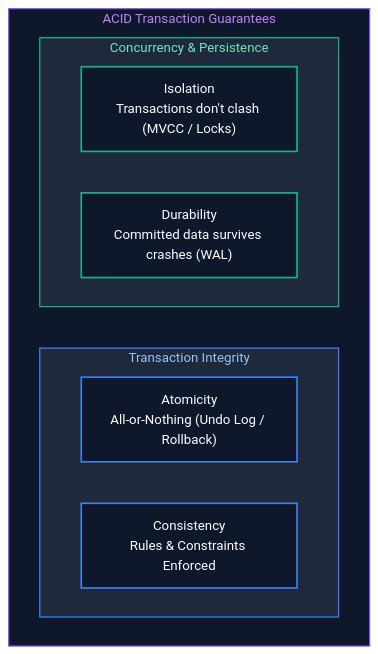
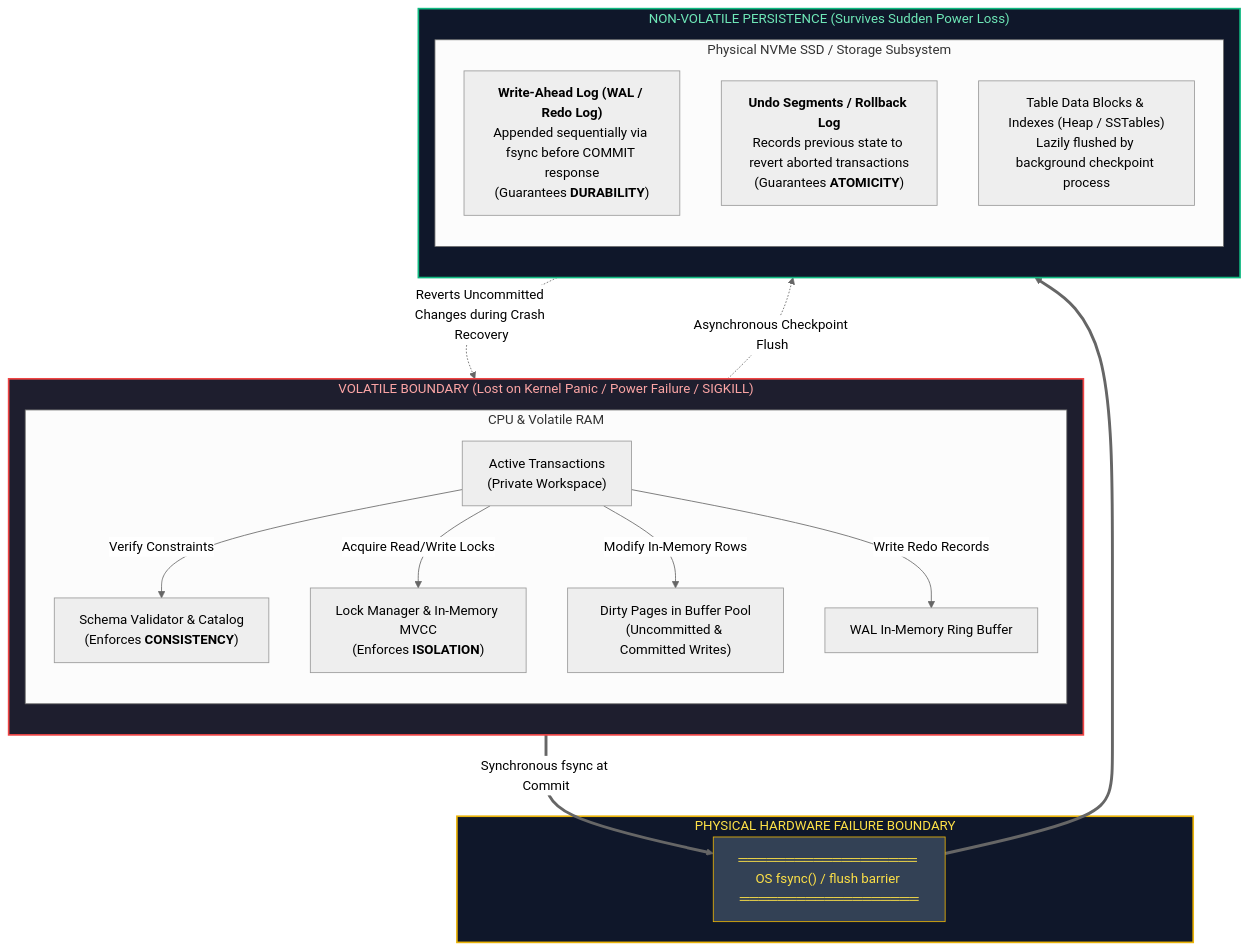
Before and after one commit to joydeep-biswas/Interview-Preparation: diagram 20 of 23 in Data Engineering/04_database_internals_and_performance.md, drawn with Mermaid (neutral theme). The commit also changed other lines of this file and 143 other files, not shown here.

````diff
--- a/Data Engineering/04_database_internals_and_performance.md
+++ b/Data Engineering/04_database_internals_and_performance.md
@@ -1344,24 +1076,39 @@
 ```mermaid
 flowchart TD
-    subgraph ACID ["ACID Transaction Guarantees"]
-        subgraph G1 ["Transaction Integrity"]
-            direction LR
-            A["Atomicity<br/>All-or-Nothing (Undo Log / Rollback)"]
-            C["Consistency<br/>Rules & Constraints Enforced"]
-        end
-        subgraph G2 ["Concurrency & Persistence"]
-            direction LR
-            I["Isolation<br/>Transactions don't clash (MVCC / Locks)"]
-            D["Durability<br/>Committed data survives crashes (WAL)"]
+    subgraph VolatileDomain ["VOLATILE BOUNDARY (Lost on Kernel Panic / Power Failure / SIGKILL)"]
+        direction TB
+        subgraph CPU_Mem ["CPU & Volatile RAM"]
+            Txn["Active Transactions<br/>(Private Workspace)"]
+            LockTable["Lock Manager & In-Memory MVCC<br/>(Enforces <b>ISOLATION</b>)"]
+            Constraints["Schema Validator & Catalog<br/>(Enforces <b>CONSISTENCY</b>)"]
+            BufferPool["Dirty Pages in Buffer Pool<br/>(Uncommitted & Committed Writes)"]
+            WAL_Buffer["WAL In-Memory Ring Buffer"]
         end
     end
 
-    style ACID fill:#0f172a,stroke:#8b5cf6,stroke-width:1.5px,color:#c084fc
-    style G1 fill:#1e293b,stroke:#3b82f6,stroke-width:1.5px,color:#93c5fd
-    style G2 fill:#1e293b,stroke:#10b981,stroke-width:1.5px,color:#6ee7b7
+    subgraph HardwareBoundary ["PHYSICAL HARDWARE FAILURE BOUNDARY"]
+        Barrier["═══════════════════ OS fsync() / flush barrier ═══════════════════"]
+    end
 
-    style A fill:#0f172a,stroke:#3b82f6,stroke-width:2px,color:#fff
-    style C fill:#0f172a,stroke:#3b82f6,stroke-width:2px,color:#fff
-    style I fill:#0f172a,stroke:#10b981,stroke-width:2px,color:#fff
-    style D fill:#0f172a,stroke:#10b981,stroke-width:2px,color:#fff
+    subgraph NonVolatileDomain ["NON-VOLATILE PERSISTENCE (Survives Sudden Power Loss)"]
+        direction TB
+        subgraph DiskStorage ["Physical NVMe SSD / Storage Subsystem"]
+            WAL_Disk["<b>Write-Ahead Log (WAL / Redo Log)</b><br/>Appended sequentially via fsync before COMMIT response<br/>(Guarantees <b>DURABILITY</b>)"]
+            UndoLog["<b>Undo Segments / Rollback Log</b><br/>Records previous state to revert aborted transactions<br/>(Guarantees <b>ATOMICITY</b>)"]
+            DataFiles["Table Data Blocks & Indexes (Heap / SSTables)<br/>Lazily flushed by background checkpoint process"]
+        end
+    end
+
+    Txn -->|"Verify Constraints"| Constraints
+    Txn -->|"Acquire Read/Write Locks"| LockTable
+    Txn -->|"Modify In-Memory Rows"| BufferPool
+    Txn -->|"Write Redo Records"| WAL_Buffer
+    WAL_Buffer ==>|"Synchronous fsync at Commit"| Barrier ==> WAL_Disk
+    UndoLog -.->|"Reverts Uncommitted Changes during Crash Recovery"| BufferPool
+    BufferPool -.->|"Asynchronous Checkpoint Flush"| DataFiles
+
+    style VolatileDomain fill:#1e1e2e,stroke:#ef4444,stroke-width:2px,color:#fca5a5
+    style HardwareBoundary fill:#0f172a,stroke:#eab308,stroke-width:2px,color:#fde047
+    style NonVolatileDomain fill:#0f172a,stroke:#10b981,stroke-width:2px,color:#6ee7b7
+    style Barrier fill:#334155,stroke:#eab308,stroke-width:1px,color:#fde047
 ```
````
